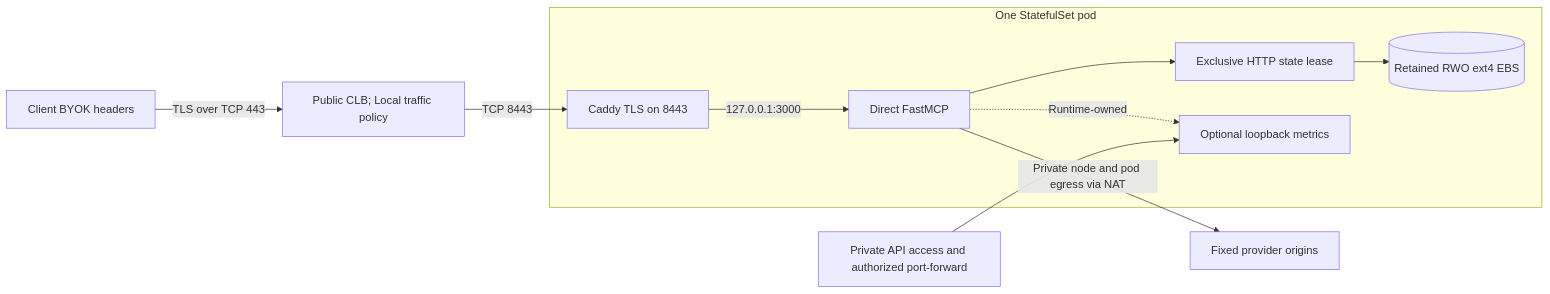
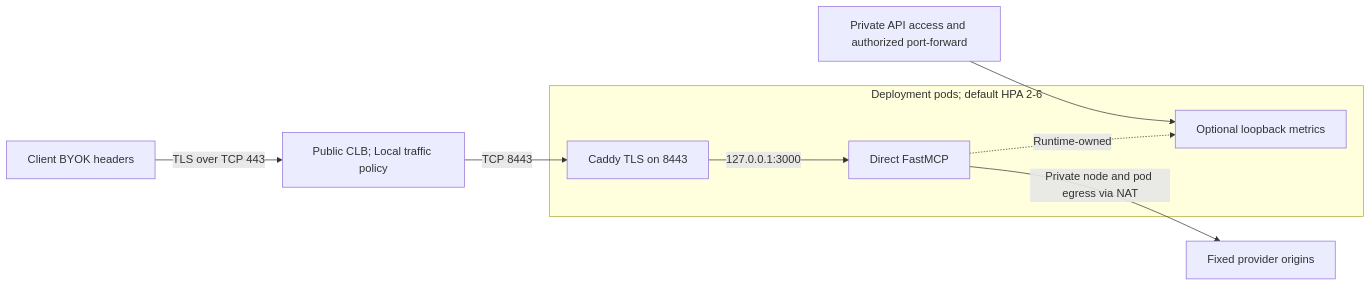
The diagram in docs/byteplus-terraform.md (byteplus-sa/seed-mcp), drawn with Mermaid before and after one commit. The commit also changed other lines of this file and 132 other files, not shown here.

````diff
--- a/docs/byteplus-terraform.md
+++ b/docs/byteplus-terraform.md
@@ -238,14 +229,12 @@
 ```mermaid
 flowchart LR
     Client["Client BYOK headers"] -->|TLS over TCP 443| CLB["Public CLB; Local traffic policy"]
-    subgraph Pod["One StatefulSet pod"]
+    subgraph Pod["Deployment pods; default HPA 2-6"]
         Caddy["Caddy TLS on 8443"] -->|"127.0.0.1:3000"| App["Direct FastMCP"]
-        App --> Lease["Exclusive HTTP state lease"]
-        Lease --> Disk[("Retained RWO ext4 EBS")]
         Metrics["Optional loopback metrics"]
     end
     CLB -->|TCP 8443| Caddy
     App -.->|Runtime-owned| Metrics
     App -->|Private node and pod egress via NAT| Provider["Fixed provider origins"]
     Operator["Private API access and authorized port-forward"] --> Metrics
 ```
````
